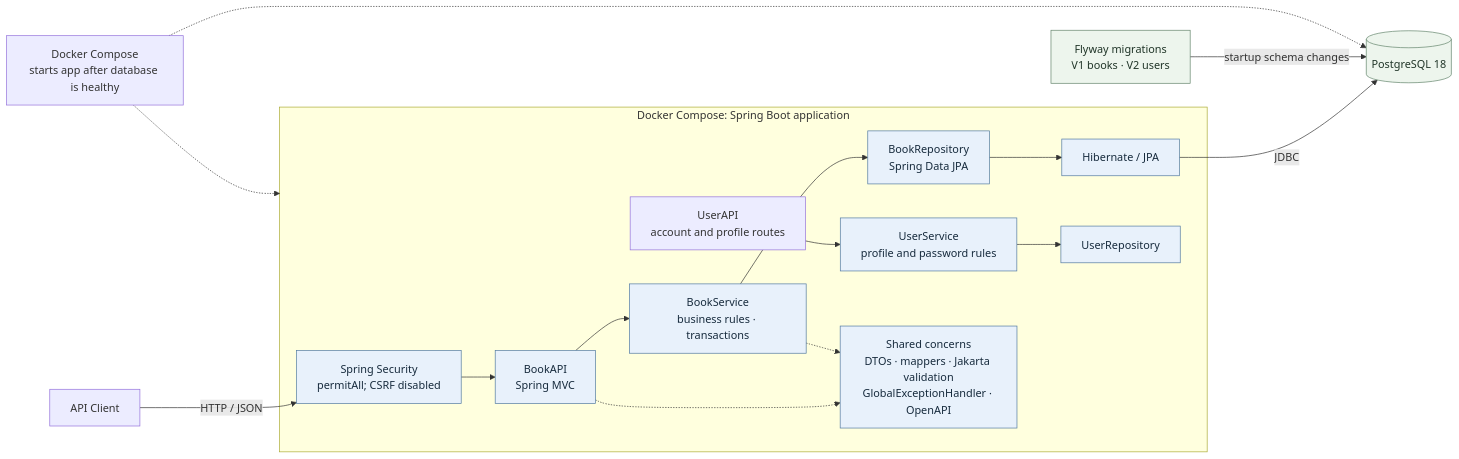
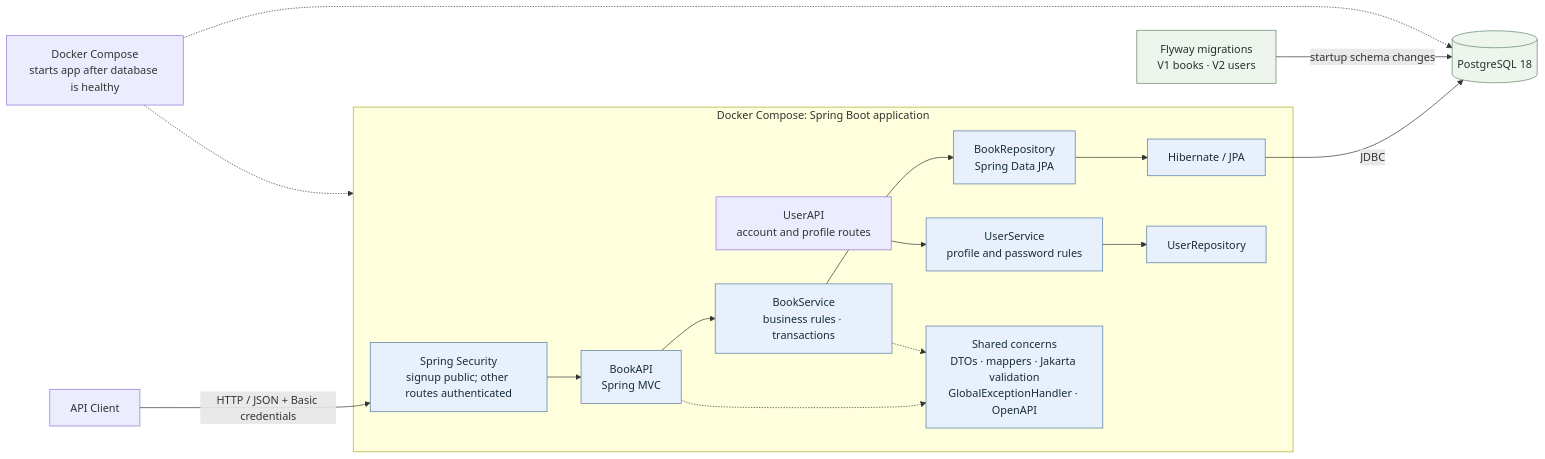
One commit to kyledelfin2006/libro-library-system changed the first of 2 diagrams in README.md. Above: the diagram before and after it, drawn with Mermaid. The commit also changed other lines of this file and 7 other files, not shown here.

Commit message:
test HTTP Basic security flow and update docs

````diff
--- a/README.md
+++ b/README.md
@@ -73,24 +73,24 @@
 ```mermaid
 flowchart LR
-    Client["API Client"] -->|HTTP / JSON| Security["Spring Security<br/>permitAll; CSRF disabled"]
+    Client["API Client"] -->|HTTP / JSON + Basic credentials| Security["Spring Security<br/>signup public; other routes authenticated"]
     subgraph App["Docker Compose: Spring Boot application"]
         API["BookAPI<br/>Spring MVC"] --> Service["BookService<br/>business rules · transactions"]
         Service --> Repo["BookRepository<br/>Spring Data JPA"]
         Repo --> ORM["Hibernate / JPA"]
         UserAPI["UserAPI<br/>account and profile routes"] --> User["UserService<br/>profile and password rules"]
         User --> UserRepo["UserRepository"]
         Shared["Shared concerns<br/>DTOs · mappers · Jakarta validation<br/>GlobalExceptionHandler · OpenAPI"]
         Security --> API
         API -.-> Shared
         Service -.-> Shared
     end
     ORM -->|JDBC| DB[("PostgreSQL 18")]
     Flyway["Flyway migrations<br/>V1 books · V2 users"] -->|startup schema changes| DB
     Compose["Docker Compose<br/>starts app after database is healthy"] -.-> App
     Compose -.-> DB
 
     classDef service fill:#e8f1fb,stroke:#5078a0,color:#172b3d
     classDef data fill:#edf5ed,stroke:#62836a,color:#203528
     class API,Service,Repo,ORM,User,UserRepo,Shared,Security service
     class DB,Flyway data
 ```
````
